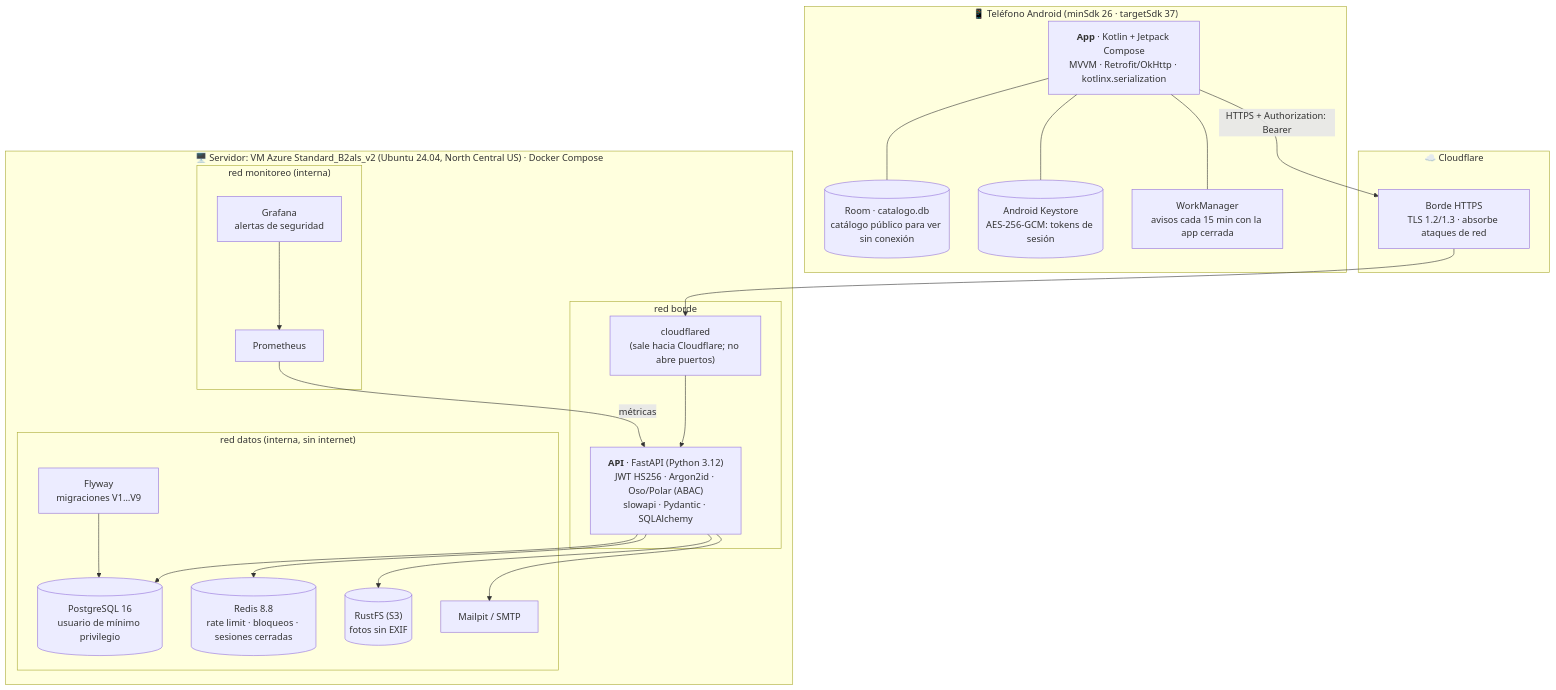
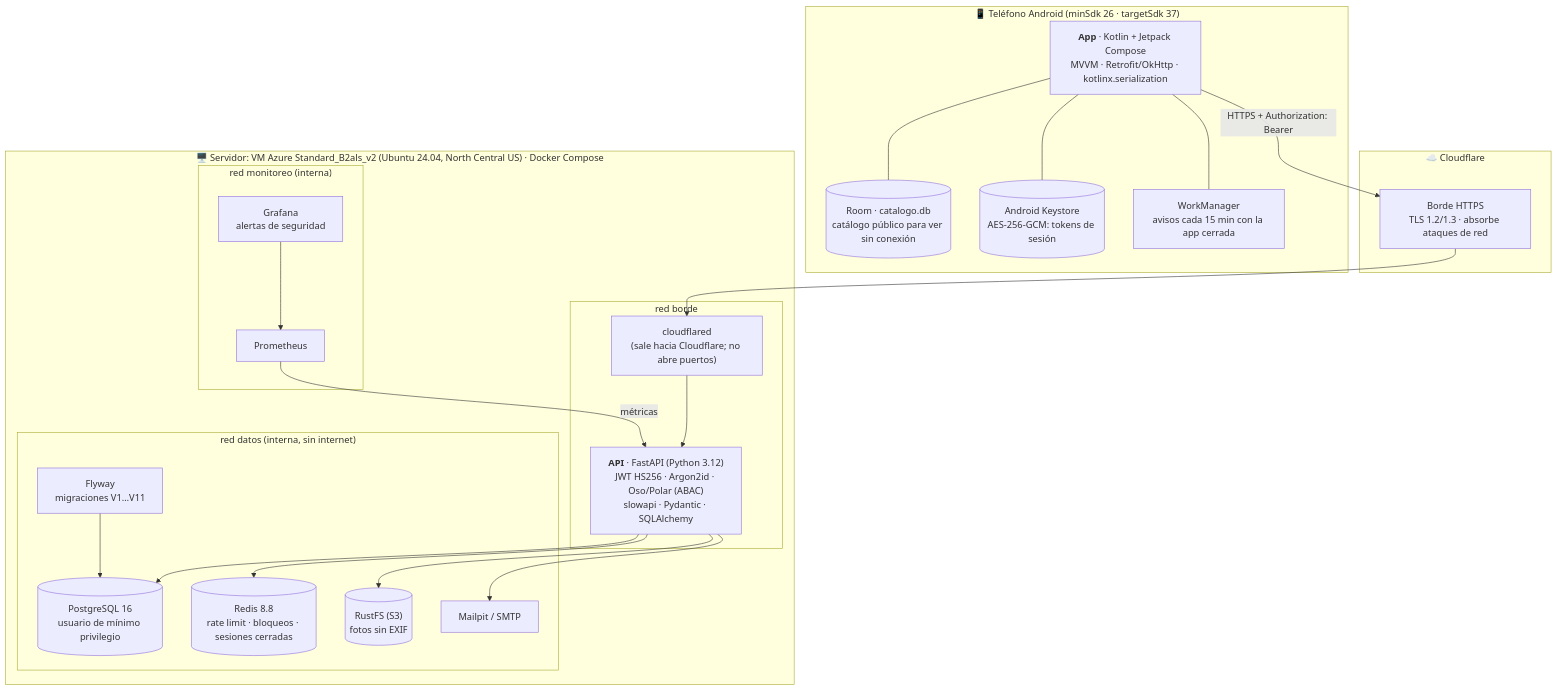
The second of 7 diagrams in docs/entrega-3/02-arquitectura.md (albertolopezb/familias-que-suman), drawn with Mermaid before and after one commit. The commit also changed 5 other files, not shown here.

````diff
--- a/docs/entrega-3/02-arquitectura.md
+++ b/docs/entrega-3/02-arquitectura.md
@@ -39,43 +39,43 @@
 ```mermaid
 flowchart TB
     subgraph tel["📱 Teléfono Android (minSdk 26 · targetSdk 37)"]
         app["<b>App</b> · Kotlin + Jetpack Compose<br/>MVVM · Retrofit/OkHttp · kotlinx.serialization"]
         room[("Room · catalogo.db<br/>catálogo público para ver sin conexión")]
         ks[("Android Keystore<br/>AES-256-GCM: tokens de sesión")]
         wm["WorkManager<br/>avisos cada 15 min con la app cerrada"]
         app --- room
         app --- ks
         app --- wm
     end
 
     subgraph cfn["☁️ Cloudflare"]
         borde["Borde HTTPS<br/>TLS 1.2/1.3 · absorbe ataques de red"]
     end
 
     subgraph vm["🖥️ Servidor: VM Azure Standard_B2als_v2 (Ubuntu 24.04, North Central US) · Docker Compose"]
         subgraph redborde["red borde"]
             tunel["cloudflared<br/>(sale hacia Cloudflare; no abre puertos)"]
             api["<b>API</b> · FastAPI (Python 3.12)<br/>JWT HS256 · Argon2id · Oso/Polar (ABAC)<br/>slowapi · Pydantic · SQLAlchemy"]
         end
         subgraph reddatos["red datos (interna, sin internet)"]
             db[("PostgreSQL 16<br/>usuario de mínimo privilegio")]
             redis[("Redis 8.8<br/>rate limit · bloqueos · sesiones cerradas")]
             s3[("RustFS (S3)<br/>fotos sin EXIF")]
             mail["Mailpit / SMTP"]
-            migrar["Flyway<br/>migraciones V1…V9"]
+            migrar["Flyway<br/>migraciones V1…V11"]
         end
         subgraph redmon["red monitoreo (interna)"]
             prom["Prometheus"]
             graf["Grafana<br/>alertas de seguridad"]
         end
     end
 
     app -- "HTTPS + Authorization: Bearer" --> borde --> tunel --> api
     api --> db
     api --> redis
     api --> s3
     api --> mail
     migrar --> db
     prom -- "métricas" --> api
     graf --> prom
 ```
````
